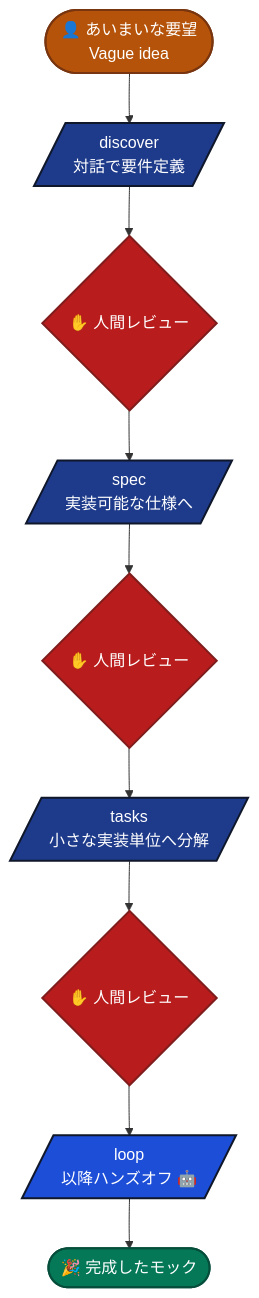
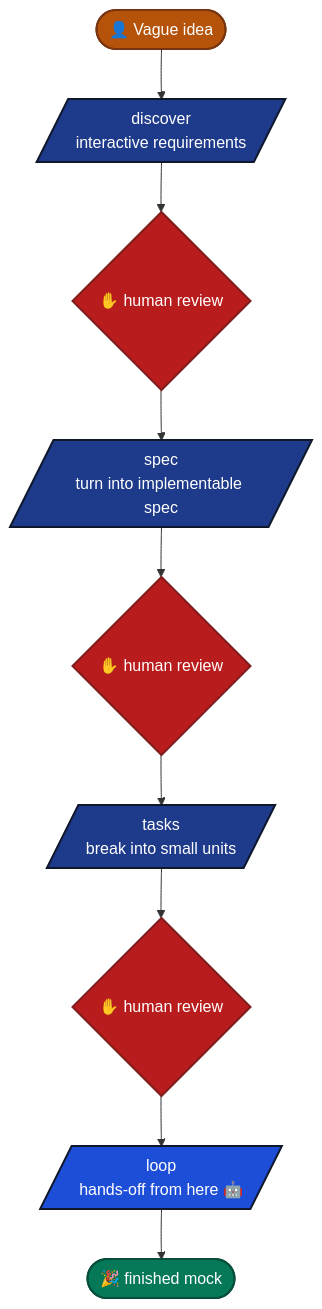
One commit to nukacha/claude-code-mock-starter changed the first of 2 diagrams in README.md. Above: the diagram before and after it, drawn with Mermaid. The commit also changed other lines of this file and 1 other file, not shown here.

````diff
--- a/README.md
+++ b/README.md
@@ -195,21 +193,21 @@
 ```mermaid
 flowchart TD
-    A([👤 あいまいな要望<br/>Vague idea]) --> B[/discover<br/>対話で要件定義/]
-    B --> R1{✋ 人間レビュー}
-    R1 --> C[/spec<br/>実装可能な仕様へ/]
-    C --> R2{✋ 人間レビュー}
-    R2 --> D[/tasks<br/>小さな実装単位へ分解/]
-    D --> R3{✋ 人間レビュー}
-    R3 --> E[/loop<br/>以降ハンズオフ 🤖/]
-    E --> F([🎉 完成したモック])
+    A([👤 Vague idea]) --> B[/discover<br/>interactive requirements/]
+    B --> R1{✋ human review}
+    R1 --> C[/spec<br/>turn into implementable spec/]
+    C --> R2{✋ human review}
+    R2 --> D[/tasks<br/>break into small units/]
+    D --> R3{✋ human review}
+    R3 --> E[/loop<br/>hands-off from here 🤖/]
+    E --> F([🎉 finished mock])
 
     style A fill:#b45309,stroke:#78350f,stroke-width:2px,color:#ffffff
     style B fill:#1e3a8a,stroke:#0f172a,stroke-width:2px,color:#ffffff
     style C fill:#1e3a8a,stroke:#0f172a,stroke-width:2px,color:#ffffff
     style D fill:#1e3a8a,stroke:#0f172a,stroke-width:2px,color:#ffffff
     style E fill:#1d4ed8,stroke:#0f172a,stroke-width:2px,color:#ffffff
     style F fill:#047857,stroke:#064e3b,stroke-width:2px,color:#ffffff
     style R1 fill:#b91c1c,stroke:#7f1d1d,stroke-width:2px,color:#ffffff
     style R2 fill:#b91c1c,stroke:#7f1d1d,stroke-width:2px,color:#ffffff
     style R3 fill:#b91c1c,stroke:#7f1d1d,stroke-width:2px,color:#ffffff
 ```
````
